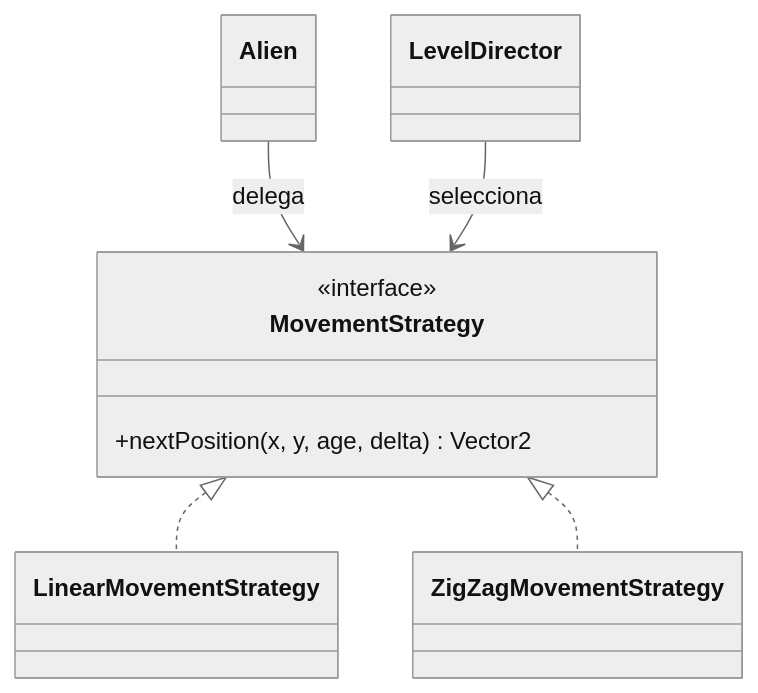
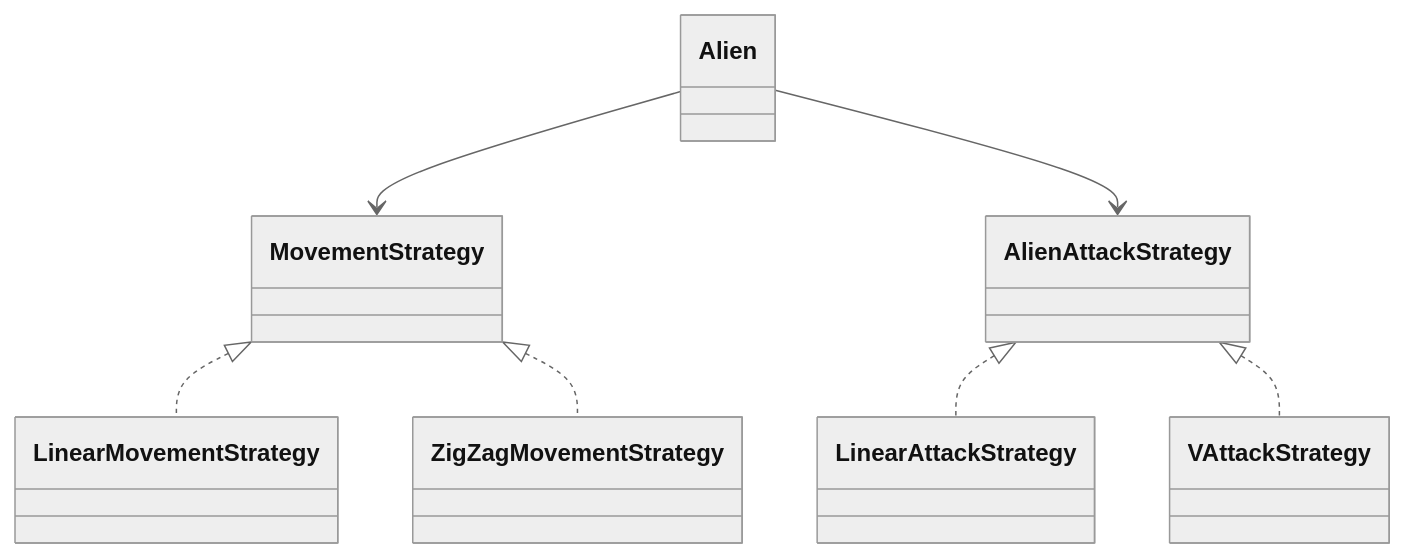
One commit to L3v1smpr/GameProject changed the second of 4 diagrams in REPORTE_PROYECTO.md. Above: the diagram before and after it, drawn with Mermaid (neutral theme). The commit also changed other lines of this file and 1 other file, not shown here.

````diff
--- a/REPORTE_PROYECTO.md
+++ b/REPORTE_PROYECTO.md
@@ -164,15 +96,16 @@
 ```mermaid
 classDiagram
     class Alien
-    class MovementStrategy {
-        <<interface>>
-        +nextPosition(x, y, age, delta) Vector2
-    }
+    class MovementStrategy
     class LinearMovementStrategy
     class ZigZagMovementStrategy
-    class LevelDirector
-    Alien --> MovementStrategy : delega
+    class AlienAttackStrategy
+    class LinearAttackStrategy
+    class VAttackStrategy
+    Alien --> MovementStrategy
+    Alien --> AlienAttackStrategy
     MovementStrategy <|.. LinearMovementStrategy
     MovementStrategy <|.. ZigZagMovementStrategy
-    LevelDirector --> MovementStrategy : selecciona
+    AlienAttackStrategy <|.. LinearAttackStrategy
+    AlienAttackStrategy <|.. VAttackStrategy
 ```
````
